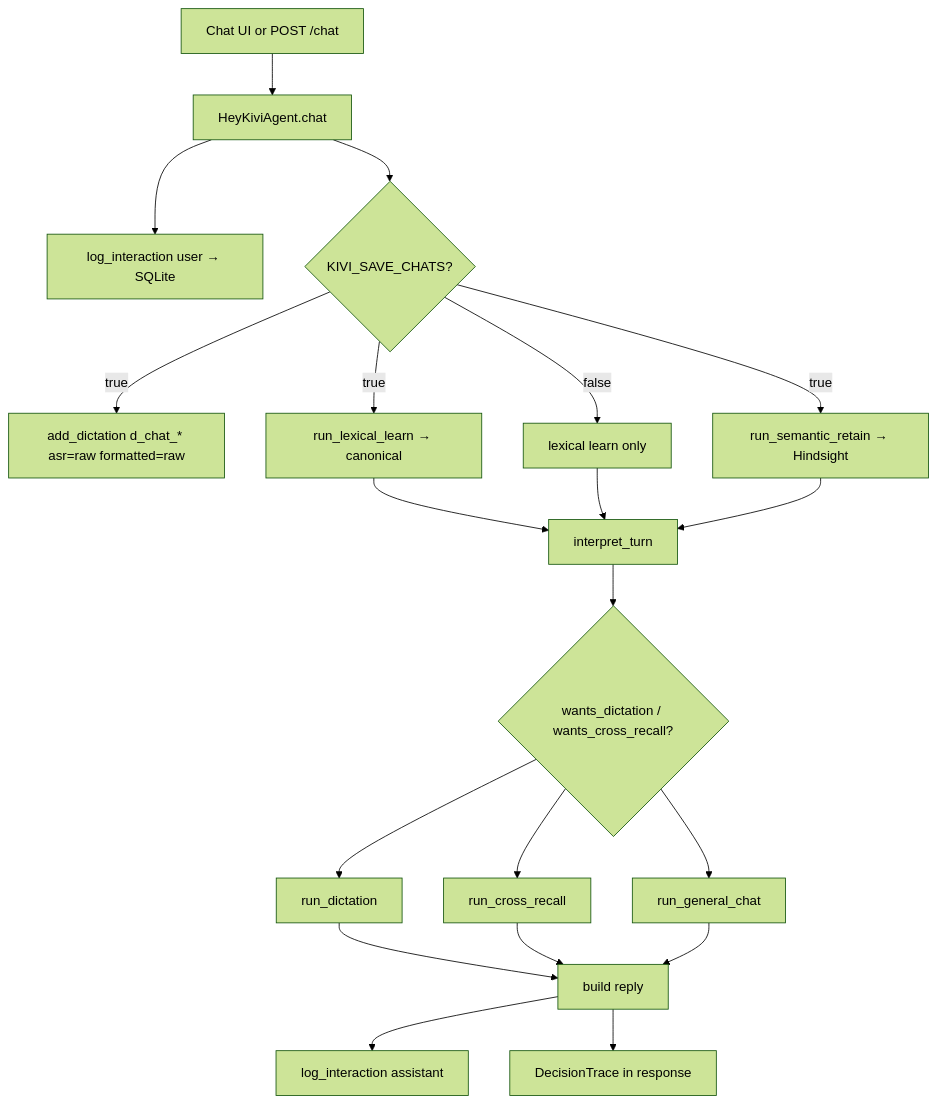
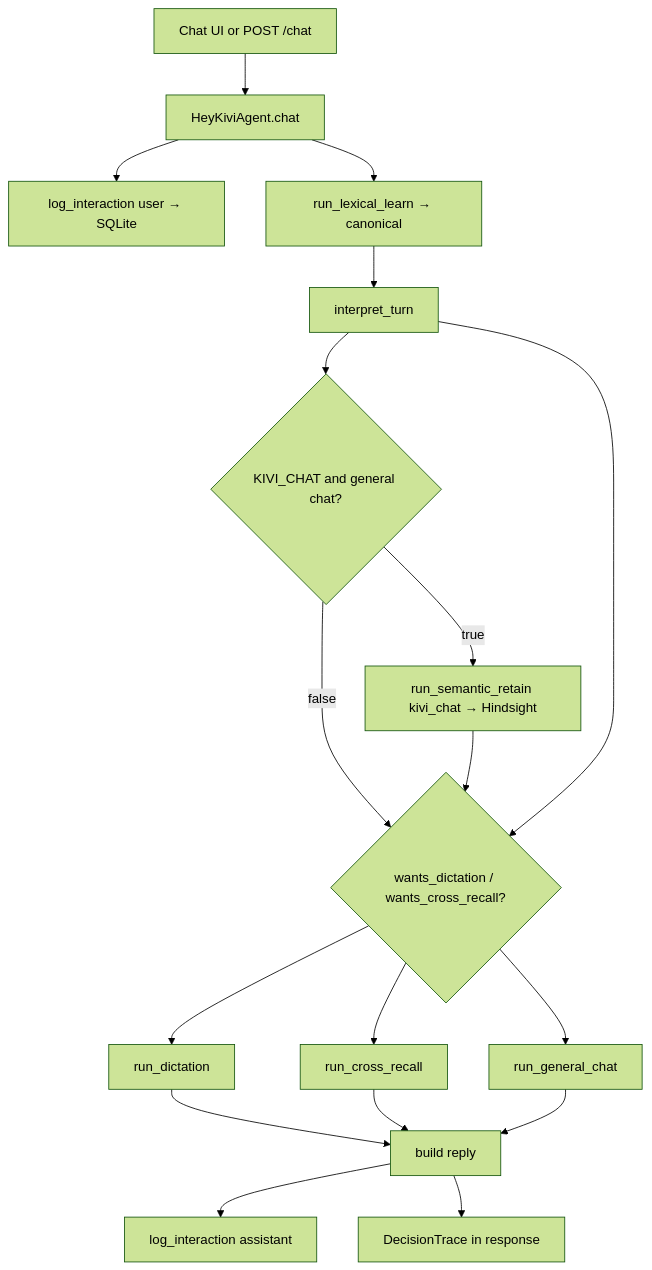
Before and after one commit to CodeMatrix1/hey-kivi: the first of 2 diagrams in README.md, drawn with Mermaid (forest theme). The commit also changed other lines of this file and 126 other files, not shown here.

````diff
--- a/README.md
+++ b/README.md
@@ -24,22 +38,20 @@
 ```mermaid
 flowchart TD
   ui[Chat UI or POST /chat] --> agent[HeyKiviAgent.chat]
   agent --> log1[log_interaction user → SQLite]
-  agent --> save{KIVI_SAVE_CHATS?}
-  save -->|true| dict[add_dictation d_chat_* asr=raw formatted=raw]
-  save -->|true| lex[run_lexical_learn → canonical]
-  save -->|true| retain[run_semantic_retain → Hindsight]
-  save -->|false| lexonly[lexical learn only]
+  agent --> lex[run_lexical_learn → canonical]
   lex --> interpret[interpret_turn]
-  lexonly --> interpret
-  retain --> interpret
+  interpret --> chatretain{KIVI_CHAT and general chat?}
+  chatretain -->|true| retain[run_semantic_retain kivi_chat → Hindsight]
+  chatretain -->|false| route
+  retain --> route
   interpret --> route{wants_dictation / wants_cross_recall?}
   route --> dictation[run_dictation]
   route --> recall[run_cross_recall]
   route --> general[run_general_chat]
   dictation --> reply[build reply]
   recall --> reply
   general --> reply
   reply --> log2[log_interaction assistant]
   reply --> trace[DecisionTrace in response]
 ```
````
